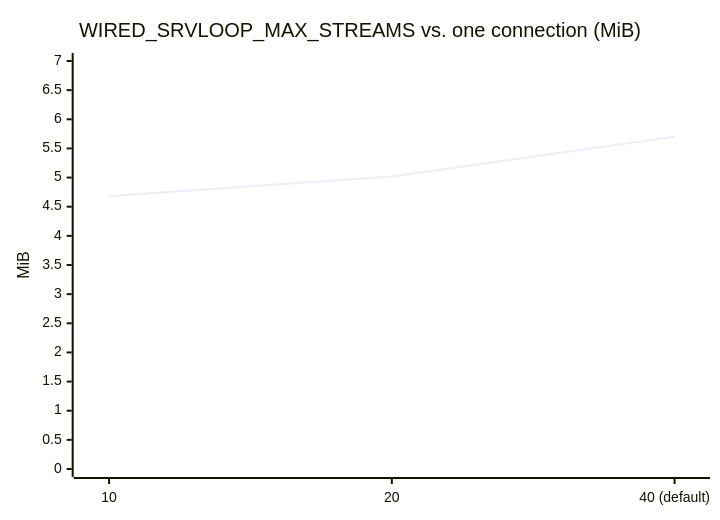
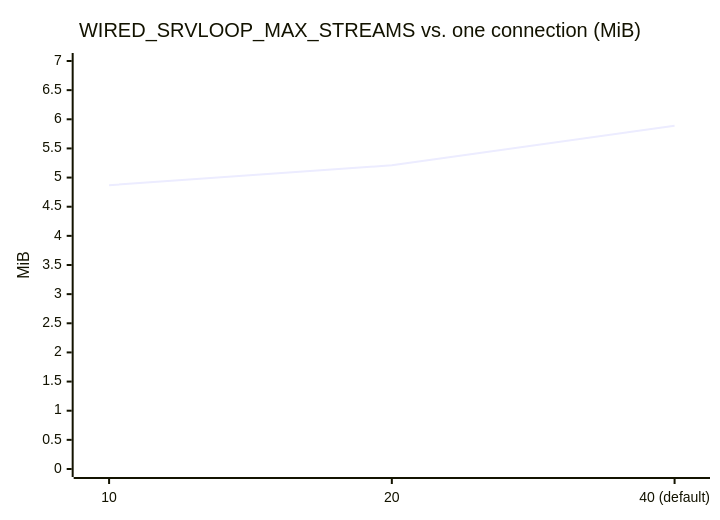
Before and after one commit to Hakkadaikon/wired: the fifth of 9 diagrams in docs/arch/memory.md, drawn with Mermaid. The commit also changed other lines of this file and 11 other files, not shown here.

````diff
--- a/docs/arch/memory.md
+++ b/docs/arch/memory.md
@@ -131,7 +131,7 @@
 ```mermaid
 xychart-beta
     title "WIRED_SRVLOOP_MAX_STREAMS vs. one connection (MiB)"
     x-axis ["10", "20", "40 (default)"]
     y-axis "MiB" 0 --> 7
-    line [4.68, 5.02, 5.70]
+    line [4.87, 5.21, 5.89]
 ```
````
